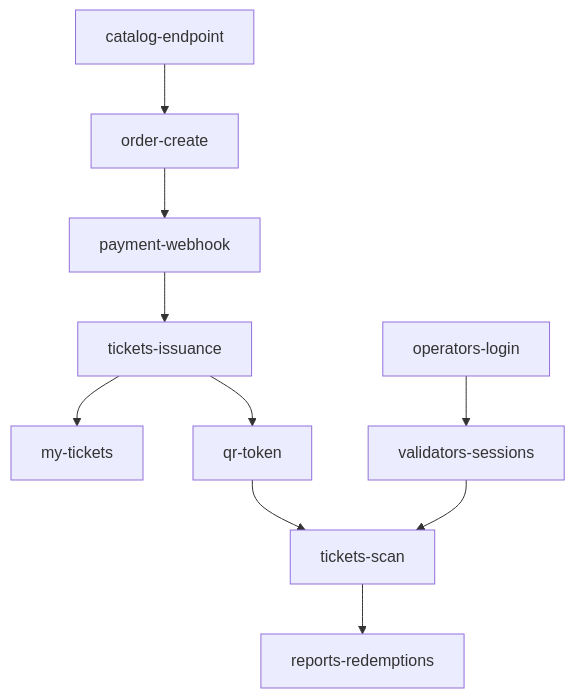
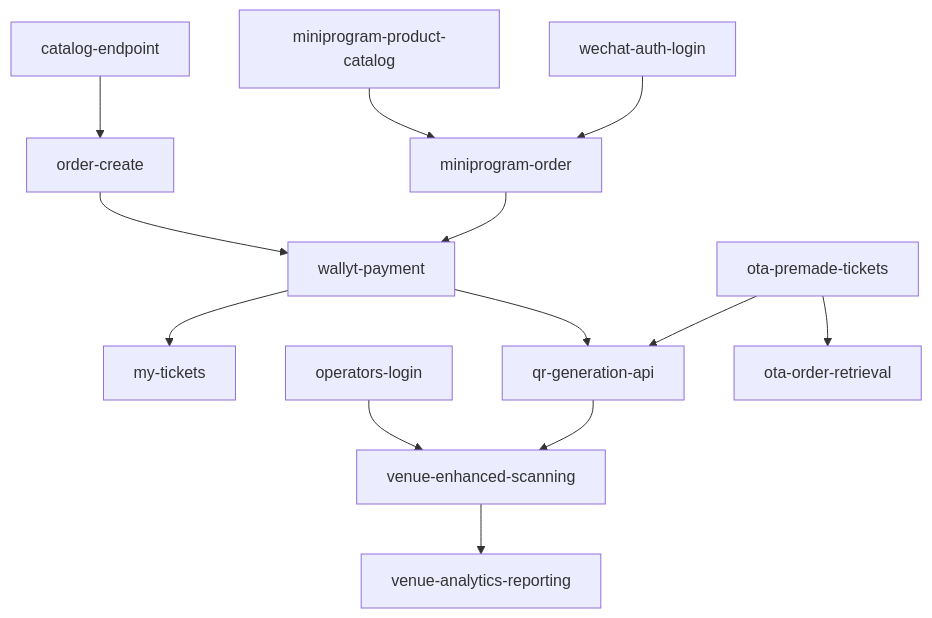
One commit to ahadu777/dudu-backend changed the diagram in docs/cards-dependencies.md. Above: the diagram before and after it, drawn with Mermaid. The commit also changed other lines of this file and 31 other files, not shown here.

````diff
--- a/docs/cards-dependencies.md
+++ b/docs/cards-dependencies.md
@@ -3,12 +6,24 @@
 ```mermaid
 graph TD
+  %% 商品与订单流程
   catalog-endpoint --> order-create
-  order-create --> payment-webhook
-  payment-webhook --> tickets-issuance
-  tickets-issuance --> my-tickets
-  tickets-issuance --> qr-token
-  operators-login --> validators-sessions
-  validators-sessions --> tickets-scan
-  qr-token --> tickets-scan
-  tickets-scan --> reports-redemptions
+  order-create --> wallyt-payment
+  wallyt-payment --> my-tickets
+  wallyt-payment --> qr-generation-api
+
+  %% 核销流程
+  operators-login --> venue-enhanced-scanning
+  qr-generation-api --> venue-enhanced-scanning
+
+  %% 报表流程
+  venue-enhanced-scanning --> venue-analytics-reporting
+
+  %% OTA 流程
+  ota-premade-tickets --> qr-generation-api
+  ota-premade-tickets --> ota-order-retrieval
+
+  %% 小程序流程
+  miniprogram-product-catalog --> miniprogram-order
+  miniprogram-order --> wallyt-payment
+  wechat-auth-login --> miniprogram-order
 ```
````
